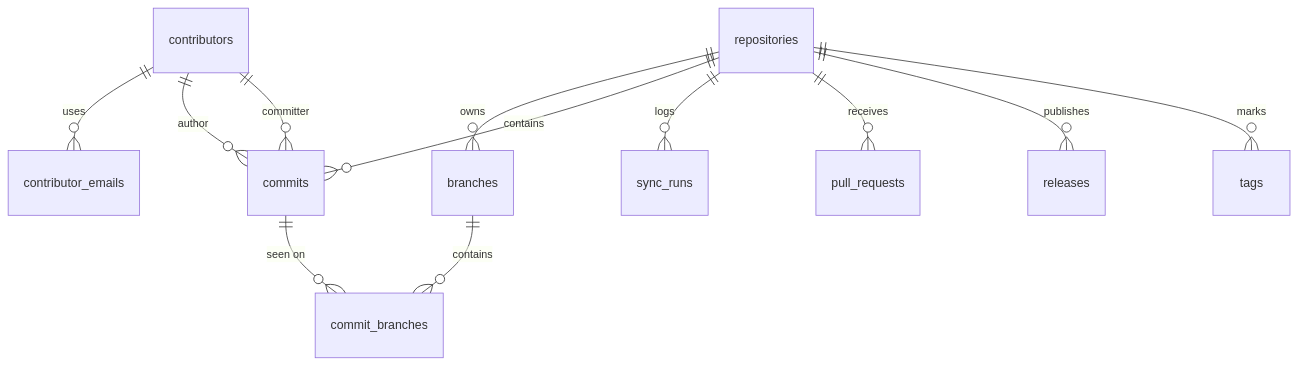
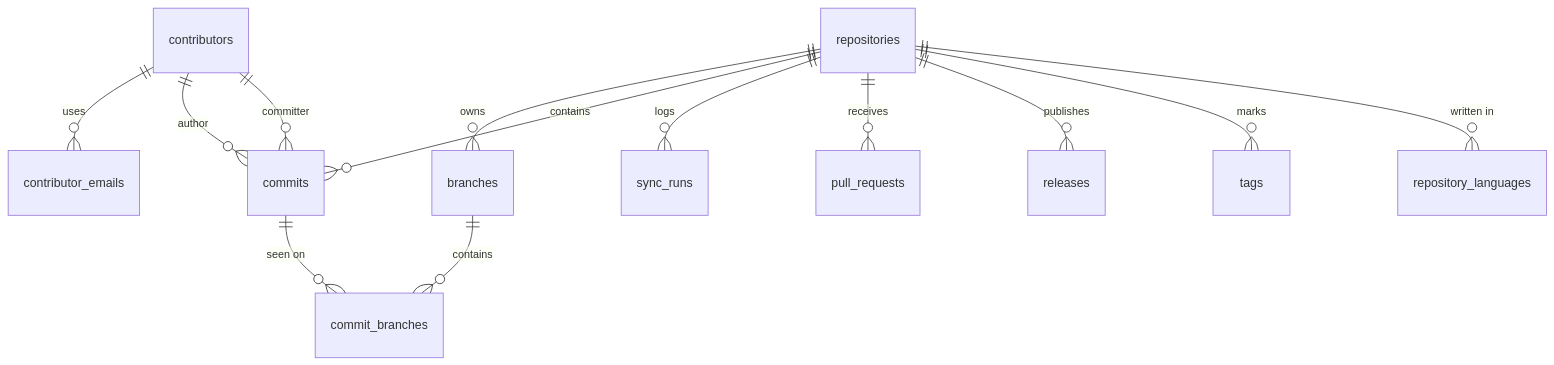
One commit to studoo-app/watchoo changed the diagram in documentation/en/04-data-model.md. Above: the diagram before and after it, drawn with Mermaid. The commit also changed other lines of this file and 58 other files, not shown here.

````diff
--- a/documentation/en/04-data-model.md
+++ b/documentation/en/04-data-model.md
@@ -16,14 +17,15 @@
 ```mermaid
 erDiagram
     repositories ||--o{ branches : "owns"
     repositories ||--o{ commits : "contains"
     repositories ||--o{ sync_runs : "logs"
     repositories ||--o{ pull_requests : "receives"
     repositories ||--o{ releases : "publishes"
     repositories ||--o{ tags : "marks"
+    repositories ||--o{ repository_languages : "written in"
     commits ||--o{ commit_branches : "seen on"
     branches ||--o{ commit_branches : "contains"
     contributors ||--o{ contributor_emails : "uses"
     contributors ||--o{ commits : "author"
     contributors ||--o{ commits : "committer"
 ```
````
